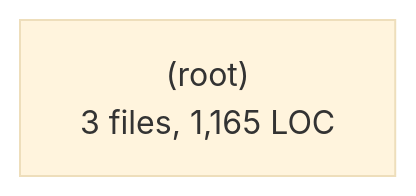
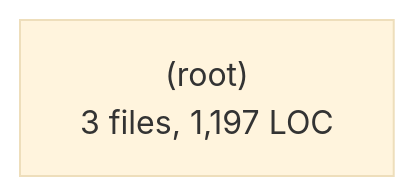
One commit to pollog09/DisTerm changed the fourth of 8 diagrams in docs/architecture/GRAPH.md. Above: the diagram before and after it, drawn with Mermaid (base theme). The commit also changed other lines of this file and 72 other files, not shown here.

````diff
--- a/docs/architecture/GRAPH.md
+++ b/docs/architecture/GRAPH.md
@@ -129,4 +135,4 @@
 ```mermaid
 flowchart LR
-  n_preload__root_["(root)<br/>3 files, 1,165 LOC"]
+  n_preload__root_["(root)<br/>3 files, 1,197 LOC"]
 ```
````
